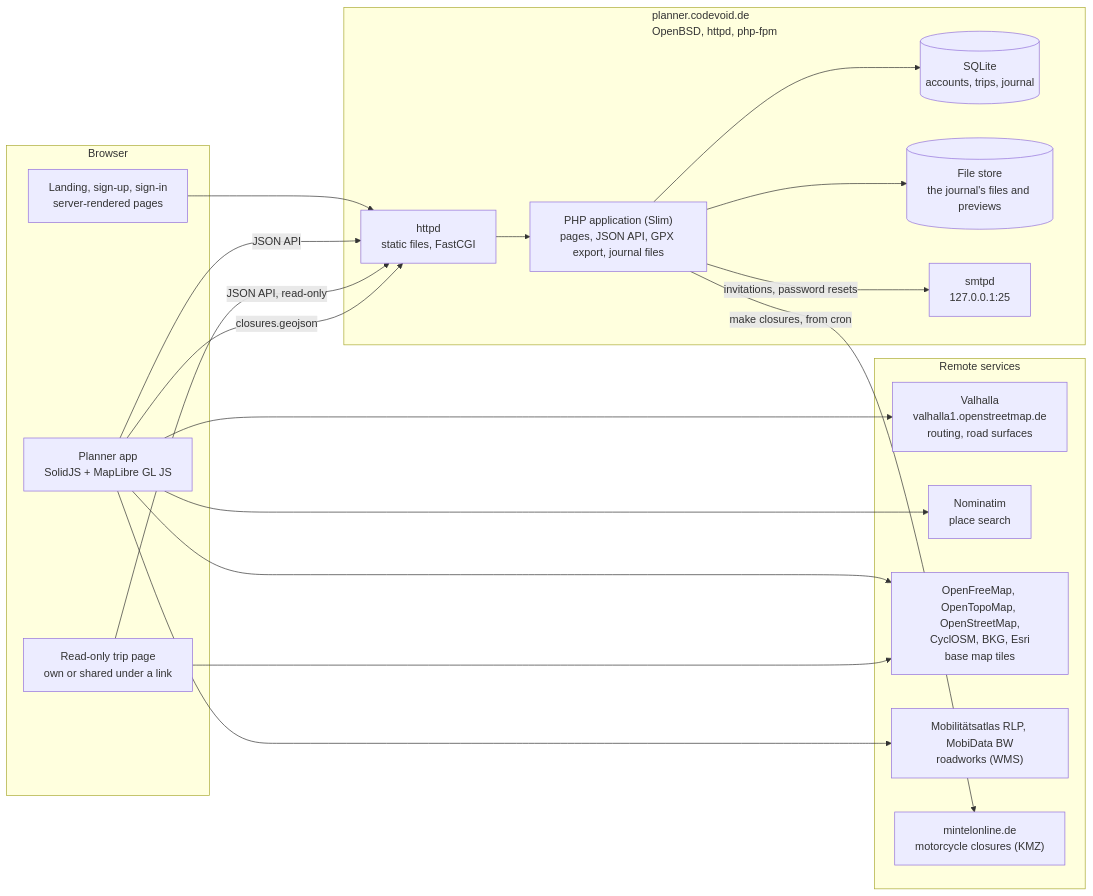
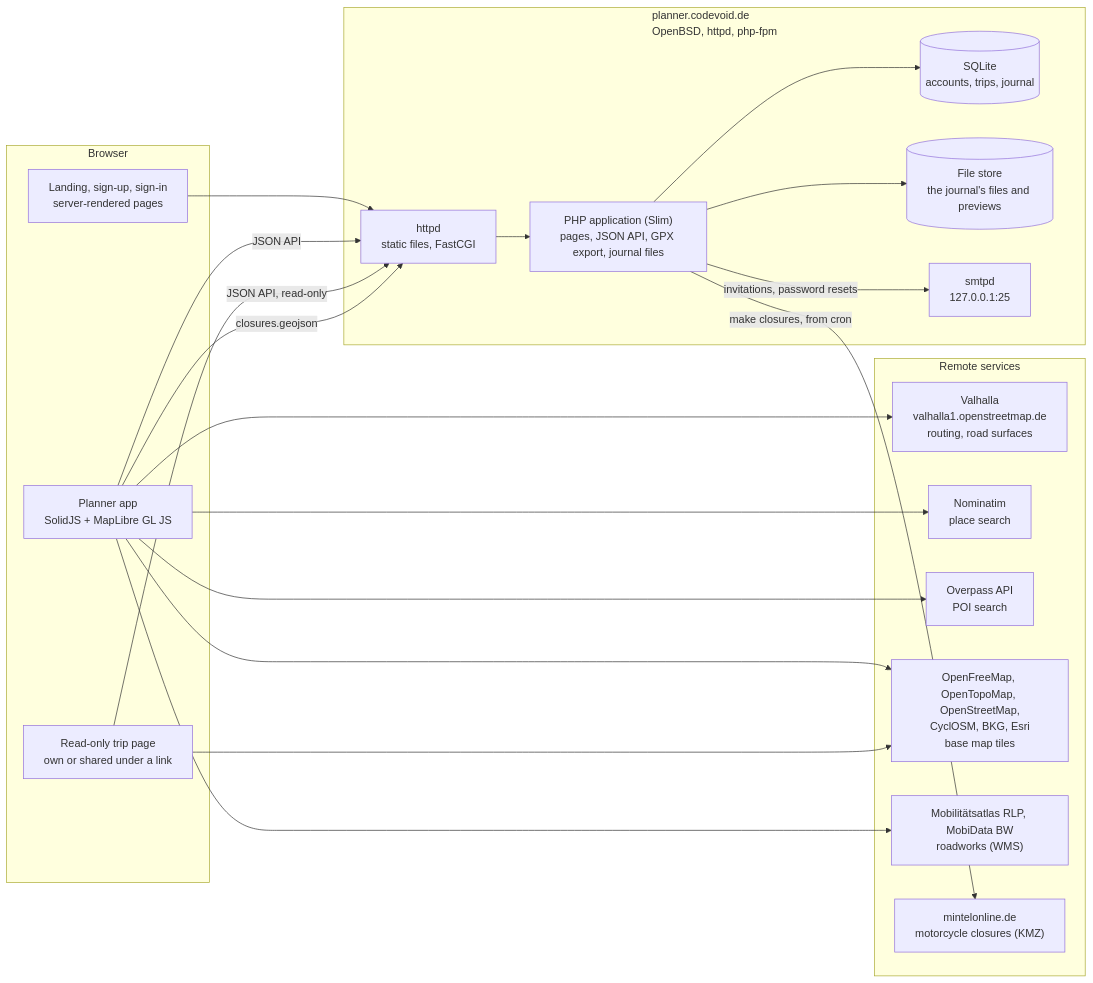
The first of 3 diagrams in .github/architecture.md (c0dev0id/TripPlanner), drawn with Mermaid before and after one commit. The commit also changed other lines of this file and 23 other files, not shown here.

First line of the commit message:
Add a POI search around a spot and along the day's routes

````diff
--- a/.github/architecture.md
+++ b/.github/architecture.md
@@ -8,36 +8,38 @@
 ```mermaid
 flowchart LR
   subgraph browser["Browser"]
     pages["Landing, sign-up, sign-in<br/>server-rendered pages"]
     app["Planner app<br/>SolidJS + MapLibre GL JS"]
     view["Read-only trip page<br/>own or shared under a link"]
   end
   subgraph server["planner.codevoid.de<br/>OpenBSD, httpd, php-fpm"]
     httpd["httpd<br/>static files, FastCGI"]
     php["PHP application (Slim)<br/>pages, JSON API, GPX export, journal files"]
     db[("SQLite<br/>accounts, trips, journal")]
     files[("File store<br/>the journal's files and previews")]
     smtpd["smtpd<br/>127.0.0.1:25"]
   end
   subgraph remote["Remote services"]
     valhalla["Valhalla<br/>valhalla1.openstreetmap.de<br/>routing, road surfaces"]
     nominatim["Nominatim<br/>place search"]
+    overpass["Overpass API<br/>POI search"]
     tiles["OpenFreeMap, OpenTopoMap, OpenStreetMap,<br/>CyclOSM, BKG, Esri<br/>base map tiles"]
     wms["Mobilitätsatlas RLP, MobiData BW<br/>roadworks (WMS)"]
     closures["mintelonline.de<br/>motorcycle closures (KMZ)"]
   end
   pages --> httpd
   app -->|JSON API| httpd
   view -->|JSON API, read-only| httpd
   httpd --> php
   php --> db
   php --> files
   php -->|invitations, password resets| smtpd
   app --> valhalla
   app --> nominatim
+  app --> overpass
   app --> tiles
   app --> wms
   php -->|make closures, from cron| closures
   app -->|closures.geojson| httpd
   view --> tiles
 ```
````
